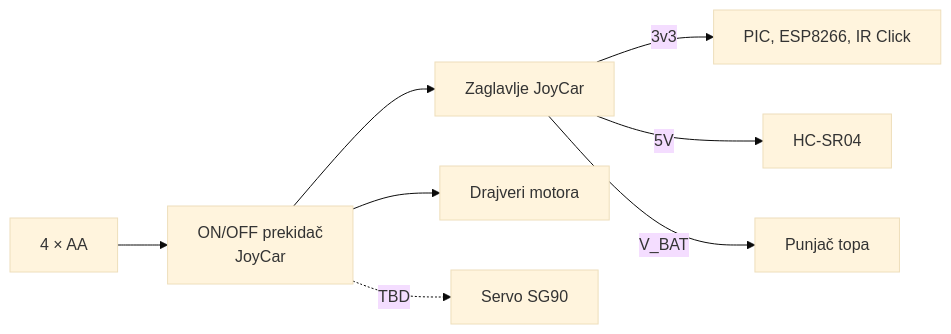
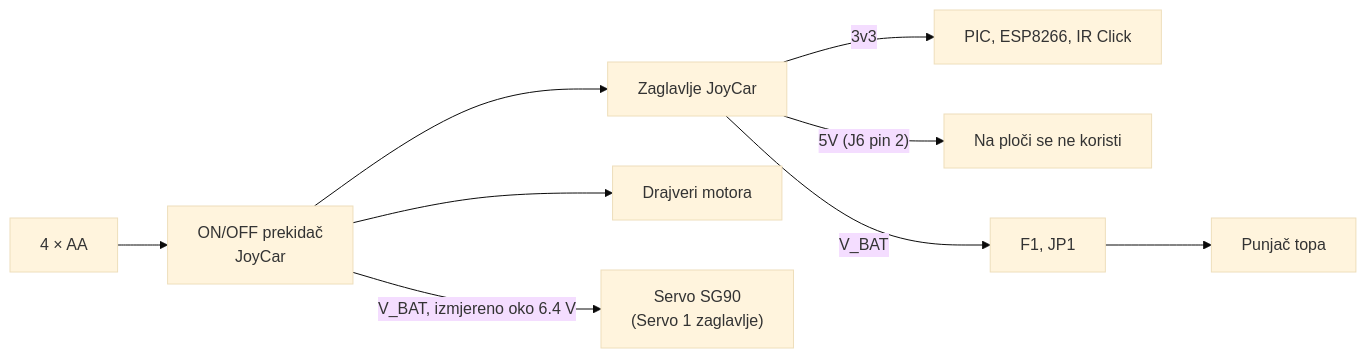
Before and after one commit to lukavidic/Vihor: the second of 2 diagrams in docs/architecture/hardware.md, drawn with Mermaid (base theme). The commit also changed other lines of this file, not shown here.

````diff
--- a/docs/architecture/hardware.md
+++ b/docs/architecture/hardware.md
@@ -87,10 +90,11 @@
 ```mermaid
 flowchart LR
     B["4 × AA"] --> S["ON/OFF prekidač<br/>JoyCar"]
     S --> H["Zaglavlje JoyCar"]
     H -->|3v3| L["PIC, ESP8266, IR Click"]
-    H -->|5V| U["HC-SR04"]
-    H -->|V_BAT| T["Punjač topa"]
+    H -->|"5V (J6 pin 2)"| U["Na ploči se ne koristi"]
+    H -->|V_BAT| F["F1, JP1"]
+    F --> T["Punjač topa"]
     S --> M["Drajveri motora"]
-    S -.->|"TBD"| SV["Servo SG90"]
+    S -->|"V_BAT, izmjereno oko 6.4 V"| SV["Servo SG90<br/>(Servo 1 zaglavlje)"]
 ```
````
